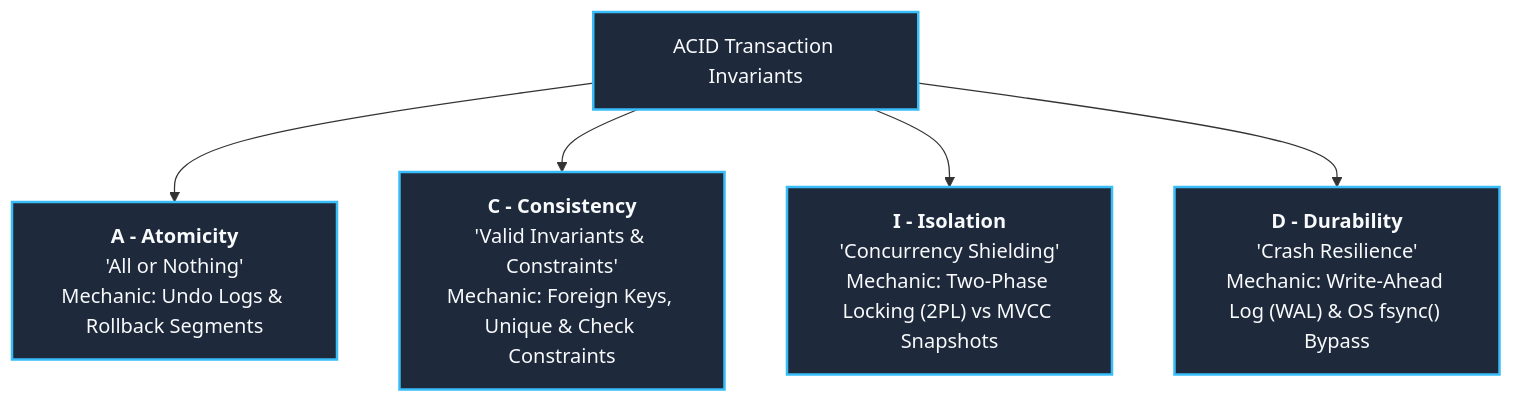
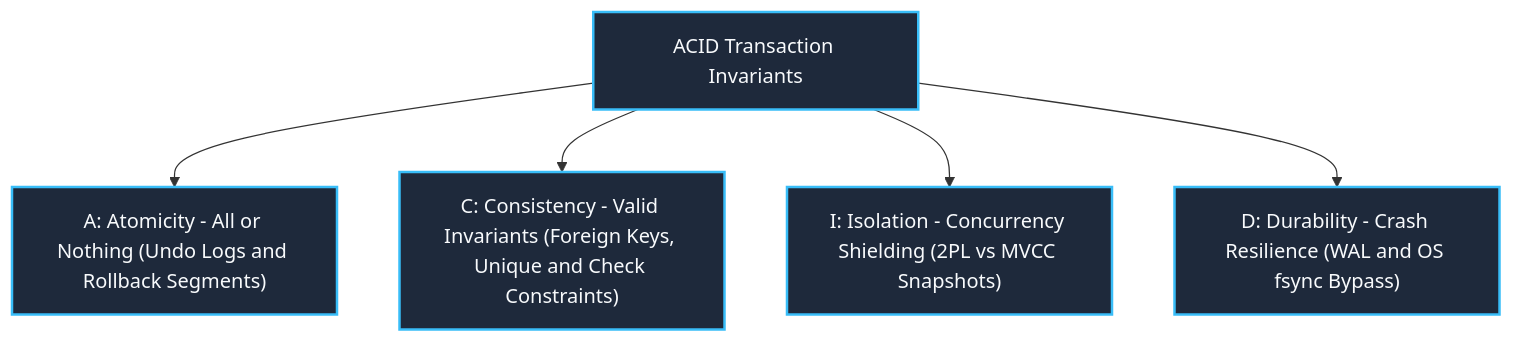
One commit to AkmKawser/Database-Management-System changed the fourth of 6 diagrams in Skills_Output/query/003_dcl_tcl_acid_properties_internals.md. Above: the diagram before and after it, drawn with Mermaid. The commit also changed other lines of this file and 2 other files, not shown here.

Commit message:
Eliminate all HTML tags in Mermaid diagrams, clean table cell markers, and upgrade Universal Rule 2 to Zero-Failure rendering audit

````diff
--- a/Skills_Output/query/003_dcl_tcl_acid_properties_internals.md
+++ b/Skills_Output/query/003_dcl_tcl_acid_properties_internals.md
@@ -191,12 +191,12 @@
 ```mermaid
 flowchart TD
-    ACID[ACID Transaction Invariants]
+    ACID["ACID Transaction Invariants"]
     
-    ACID --> A["<b>A - Atomicity</b><br/>'All or Nothing'<br/>Mechanic: Undo Logs & Rollback Segments"]
-    ACID --> C["<b>C - Consistency</b><br/>'Valid Invariants & Constraints'<br/>Mechanic: Foreign Keys, Unique & Check Constraints"]
-    ACID --> I["<b>I - Isolation</b><br/>'Concurrency Shielding'<br/>Mechanic: Two-Phase Locking (2PL) vs MVCC Snapshots"]
-    ACID --> D["<b>D - Durability</b><br/>'Crash Resilience'<br/>Mechanic: Write-Ahead Log (WAL) & OS fsync() Bypass"]
+    ACID --> A["A: Atomicity - All or Nothing (Undo Logs and Rollback Segments)"]
+    ACID --> C["C: Consistency - Valid Invariants (Foreign Keys, Unique and Check Constraints)"]
+    ACID --> I["I: Isolation - Concurrency Shielding (2PL vs MVCC Snapshots)"]
+    ACID --> D["D: Durability - Crash Resilience (WAL and OS fsync Bypass)"]
 
     classDef stage fill:#1e293b,stroke:#38bdf8,stroke-width:2px,color:#f8fafc;
     class ACID,A,C,I,D stage;
 ```
````
